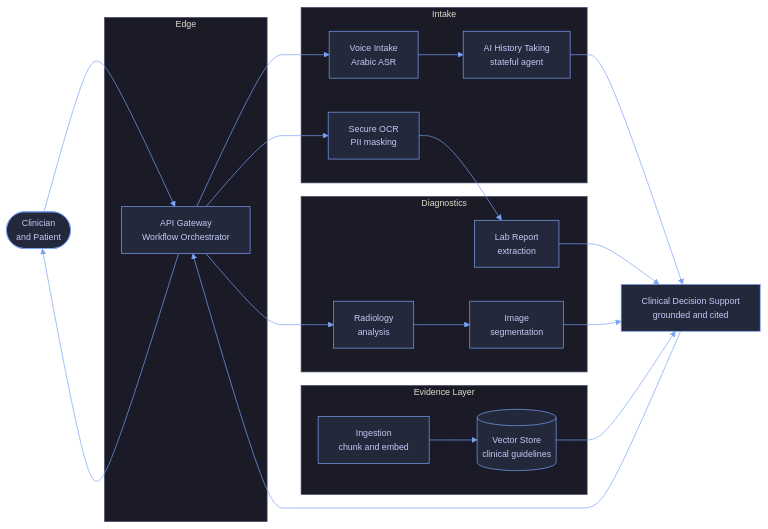
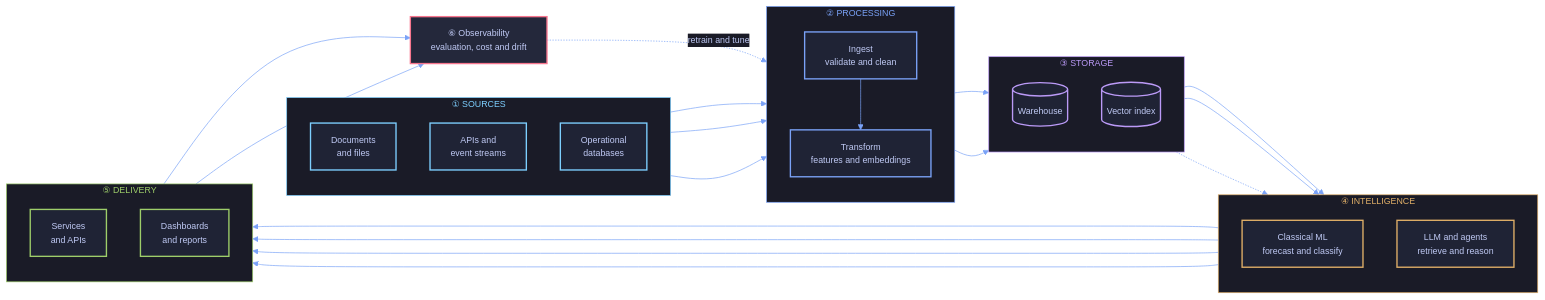
One commit to ahmednashatnoaman-svg/ahmednashatnoaman-svg changed the diagram in README.md. Above: the diagram before and after it, drawn with Mermaid. The commit also changed other lines of this file, not shown here.

Commit message:
fix: repair invalid SVG header, swap dead card services, generalise architecture diagram

````diff
--- a/README.md
+++ b/README.md
@@ -225,43 +216,73 @@
 ```mermaid
-%%{init: {"theme":"base","themeVariables":{"primaryColor":"#24283B","primaryTextColor":"#C0CAF5","primaryBorderColor":"#7AA2F7","lineColor":"#7AA2F7","secondaryColor":"#1F2335","tertiaryColor":"#1F2335","clusterBkg":"#1A1B27","clusterBorder":"#414868","fontSize":"13px"}}}%%
+%%{init: {"theme":"base","themeVariables":{"fontFamily":"ui-monospace, SFMono-Regular, Menlo, monospace","fontSize":"13px","primaryTextColor":"#C0CAF5","lineColor":"#7AA2F7","clusterBkg":"#16172099","clusterBorder":"#414868","edgeLabelBackground":"#1A1B27"}}}%%
 flowchart LR
-    U(["Clinician<br/>and Patient"])
-
-    subgraph EDGE ["Edge"]
-        GW["API Gateway<br/>Workflow Orchestrator"]
+    subgraph SRC ["&nbsp;① SOURCES&nbsp;"]
+        direction TB
+        S1["Documents<br/>and files"]
+        S2["APIs and<br/>event streams"]
+        S3["Operational<br/>databases"]
     end
 
-    subgraph INTAKE ["Intake"]
-        V["Voice Intake<br/>Arabic ASR"]
-        H["AI History Taking<br/>stateful agent"]
-        M["Secure OCR<br/>PII masking"]
+    subgraph PRC ["&nbsp;② PROCESSING&nbsp;"]
+        direction TB
+        P1["Ingest<br/>validate and clean"]
+        P2["Transform<br/>features and embeddings"]
     end
 
-    subgraph DIAG ["Diagnostics"]
-        L["Lab Report<br/>extraction"]
-        R["Radiology<br/>analysis"]
-        S["Image<br/>segmentation"]
+    subgraph STO ["&nbsp;③ STORAGE&nbsp;"]
+        direction TB
+        T1[("Warehouse")]
+        T2[("Vector index")]
     end
 
-    subgraph EV ["Evidence Layer"]
-        I["Ingestion<br/>chunk and embed"]
-        Q[("Vector Store<br/>clinical guidelines")]
+    subgraph INT ["&nbsp;④ INTELLIGENCE&nbsp;"]
+        direction TB
+        I1["Classical ML<br/>forecast and classify"]
+        I2["LLM and agents<br/>retrieve and reason"]
     end
 
-    D["Clinical Decision Support<br/>grounded and cited"]
+    subgraph DEL ["&nbsp;⑤ DELIVERY&nbsp;"]
+        direction TB
+        D1["Services<br/>and APIs"]
+        D2["Dashboards<br/>and reports"]
+    end
 
-    U --> GW
-    GW --> V
-    GW --> M
-    GW --> R
-    V --> H
-    M --> L
-    R --> S
-    I --> Q
-    H --> D
-    L --> D
-    S --> D
-    Q --> D
-    D --> GW
-    GW --> U
+    OPS["⑥ Observability<br/>evaluation, cost and drift"]
+
+    S1 --> P1
+    S2 --> P1
+    S3 --> P1
+    P1 --> P2
+    P2 --> T1
+    P2 --> T2
+    T1 --> I1
+    T2 --> I2
+    T1 -.-> I2
+    I1 --> D1
+    I2 --> D1
+    I1 --> D2
+    I2 --> D2
+    D1 --> OPS
+    D2 --> OPS
+    OPS -. "retrain and tune" .-> P2
+
+    classDef source  fill:#1F2335,stroke:#7DCFFF,stroke-width:2px,color:#C0CAF5
+    classDef process fill:#1F2335,stroke:#7AA2F7,stroke-width:2px,color:#C0CAF5
+    classDef store   fill:#1F2335,stroke:#BB9AF7,stroke-width:2px,color:#C0CAF5
+    classDef intel   fill:#1F2335,stroke:#E0AF68,stroke-width:2px,color:#C0CAF5
+    classDef deliver fill:#1F2335,stroke:#9ECE6A,stroke-width:2px,color:#C0CAF5
+    classDef ops     fill:#24283B,stroke:#F7768E,stroke-width:2px,color:#C0CAF5
+
+    class S1,S2,S3 source
+    class P1,P2 process
+    class T1,T2 store
+    class I1,I2 intel
+    class D1,D2 deliver
+    class OPS ops
+
+    style SRC fill:#1A1B27,stroke:#7DCFFF,stroke-width:1px,color:#7DCFFF
+    style PRC fill:#1A1B27,stroke:#7AA2F7,stroke-width:1px,color:#7AA2F7
+    style STO fill:#1A1B27,stroke:#BB9AF7,stroke-width:1px,color:#BB9AF7
+    style INT fill:#1A1B27,stroke:#E0AF68,stroke-width:1px,color:#E0AF68
+    style DEL fill:#1A1B27,stroke:#9ECE6A,stroke-width:1px,color:#9ECE6A
 ```
````
